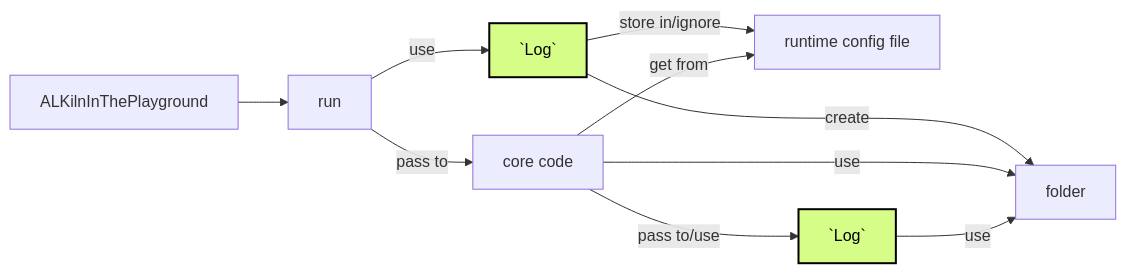
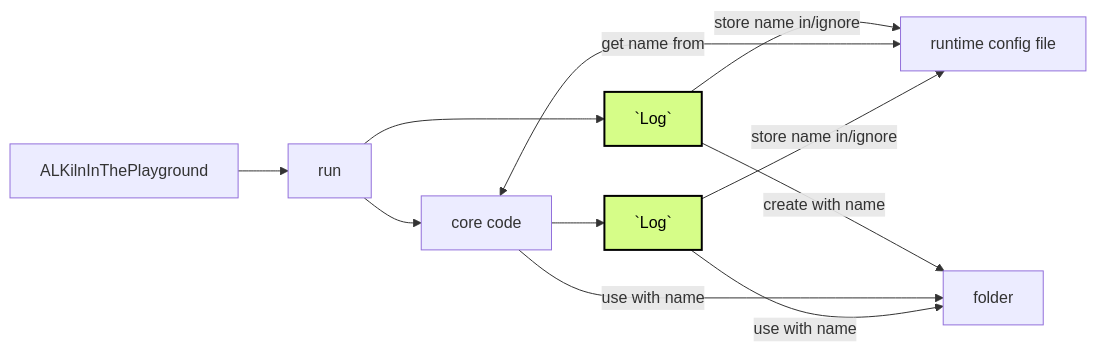
Before and after one commit to SuffolkLITLab/ALKiln: the second of 3 diagrams in docs/artifacts_folder_name.md, drawn with Mermaid. The commit also changed other lines of this file, not shown here.

Commit message:
Modify artifact folder name diagrams, clarify diagrams

````diff
--- a/docs/artifacts_folder_name.md
+++ b/docs/artifacts_folder_name.md
@@ -78,14 +81,15 @@
 ```mermaid
 flowchart LR
     ALKilnInThePlayground --> run["run"]
-    run -- use --> log2["#96;Log#96;"]:::log
-    log2 -- store in/ignore --> runtime2["runtime config file"]
-    log2 -- create --> folder2[folder]
-    run -- pass to --> core["core code"]
-    core -- pass to/use --> log3["#96;Log#96;"]:::log
-    core -- use --> folder2
-    core -- get from --> runtime2
-    log3 -- use --> folder2
+    run --> log2["#96;Log#96;"]:::log
+    log2 -- store name in/ignore --> runtime2["runtime config file"]
+    log2 -- create with name --> folder2[folder]
+    run --> core["core code"]
+    core --> log3["#96;Log#96;"]:::log
+    core -- use with name --> folder2
+    core -- get name from <--> runtime2
+    log3 -- use with name --> folder2
+    log3 -- store name in/ignore --> runtime2
 
 classDef log fill:#d6fd88,stroke:#000,stroke-width:2px,color:#000
 ```
````
